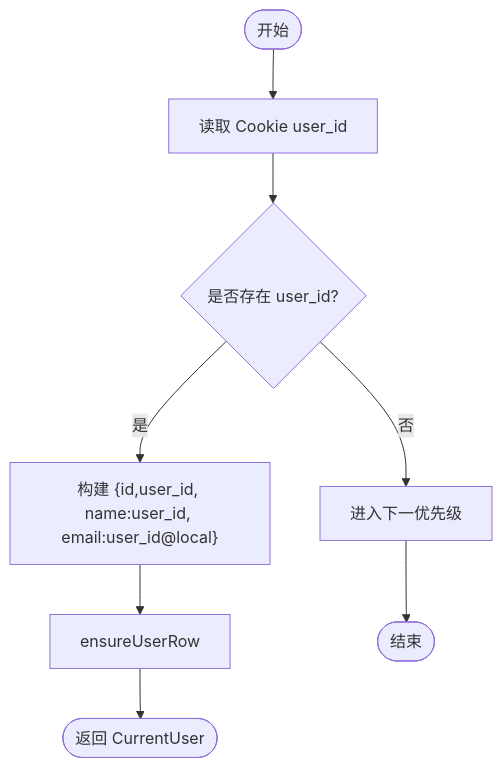
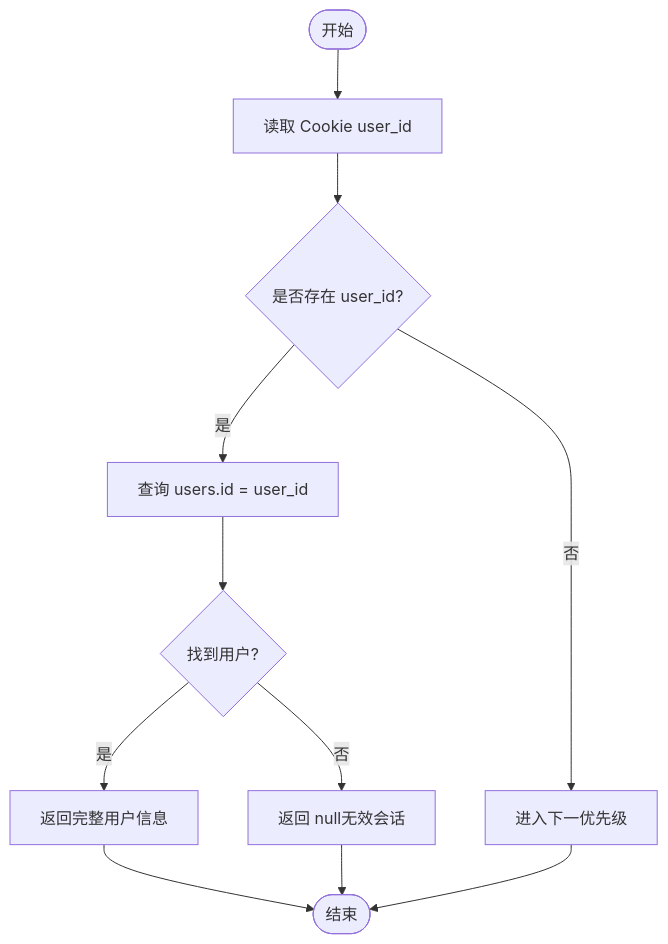
One commit to pnnh/weable changed the fourth of 8 diagrams in .qoder/repowiki/zh/content/架构设计/认证架构设计/多源认证机制.md. Above: the diagram before and after it, drawn with Mermaid. The commit also changed other lines of this file and 161 other files, not shown here.

````diff
--- a/.qoder/repowiki/zh/content/架构设计/认证架构设计/多源认证机制.md
+++ b/.qoder/repowiki/zh/content/架构设计/认证架构设计/多源认证机制.md
@@ -172,10 +191,13 @@
 ```mermaid
 flowchart TD
 Start(["开始"]) --> ReadCookie["读取 Cookie user_id"]
 ReadCookie --> HasId{"是否存在 user_id?"}
 HasId --> |否| NextStep["进入下一优先级"]
-HasId --> |是| BuildIdentity["构建 {id,user_id, name:user_id, email:user_id@local}"]
-BuildIdentity --> EnsureUser["ensureUserRow"]
-EnsureUser --> Return(["返回 CurrentUser"])
-NextStep --> End(["结束"])
+HasId --> |是| QueryDB["查询 users.id = user_id"]
+QueryDB --> Found{"找到用户?"}
+Found --> |是| ReturnUser["返回完整用户信息"]
+Found --> |否| ReturnNull["返回 null无效会话"]
+ReturnUser --> End(["结束"])
+ReturnNull --> End
+NextStep --> End
 ```
````
